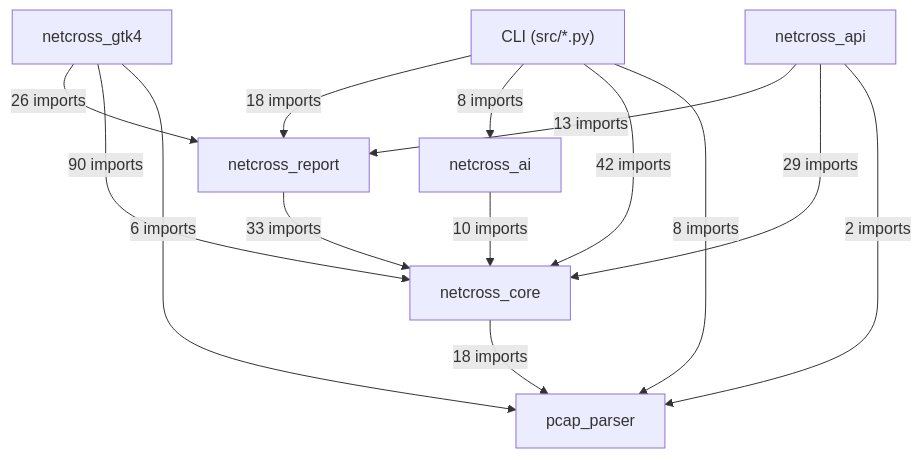
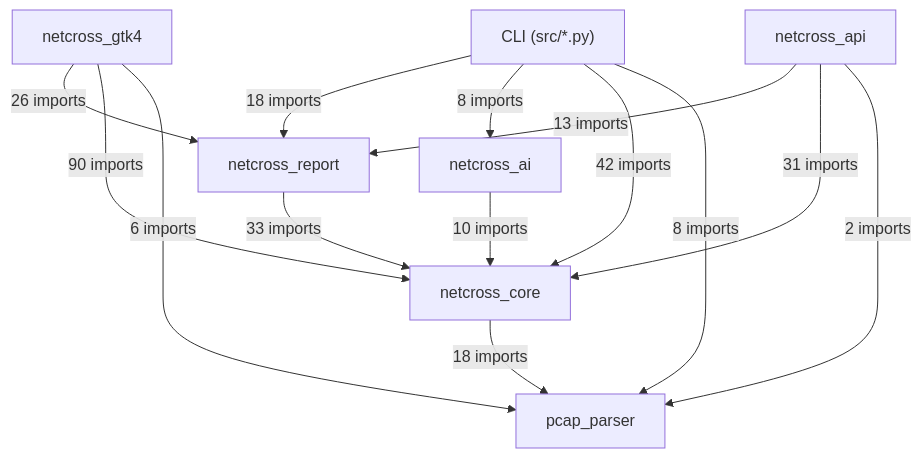
The first of 19 diagrams in docs/class-diagram.md (Mathide-Team/Netcross), drawn with Mermaid before and after one commit. The commit also changed other lines of this file and 7 other files, not shown here.

````diff
--- a/docs/class-diagram.md
+++ b/docs/class-diagram.md
@@ -26,23 +26,23 @@
 ```mermaid
 flowchart TD
     CLI["CLI (src/*.py)"]
     netcross_gtk4["netcross_gtk4"]
     netcross_api["netcross_api"]
     netcross_report["netcross_report"]
     netcross_ai["netcross_ai"]
     netcross_core["netcross_core"]
     pcap_parser["pcap_parser"]
     CLI -->|"18 imports"| netcross_report
     CLI -->|"8 imports"| netcross_ai
     CLI -->|"42 imports"| netcross_core
     CLI -->|"8 imports"| pcap_parser
     netcross_gtk4 -->|"26 imports"| netcross_report
     netcross_gtk4 -->|"90 imports"| netcross_core
     netcross_gtk4 -->|"6 imports"| pcap_parser
     netcross_api -->|"13 imports"| netcross_report
-    netcross_api -->|"29 imports"| netcross_core
+    netcross_api -->|"31 imports"| netcross_core
     netcross_api -->|"2 imports"| pcap_parser
     netcross_report -->|"33 imports"| netcross_core
     netcross_ai -->|"10 imports"| netcross_core
     netcross_core -->|"18 imports"| pcap_parser
 ```
````
